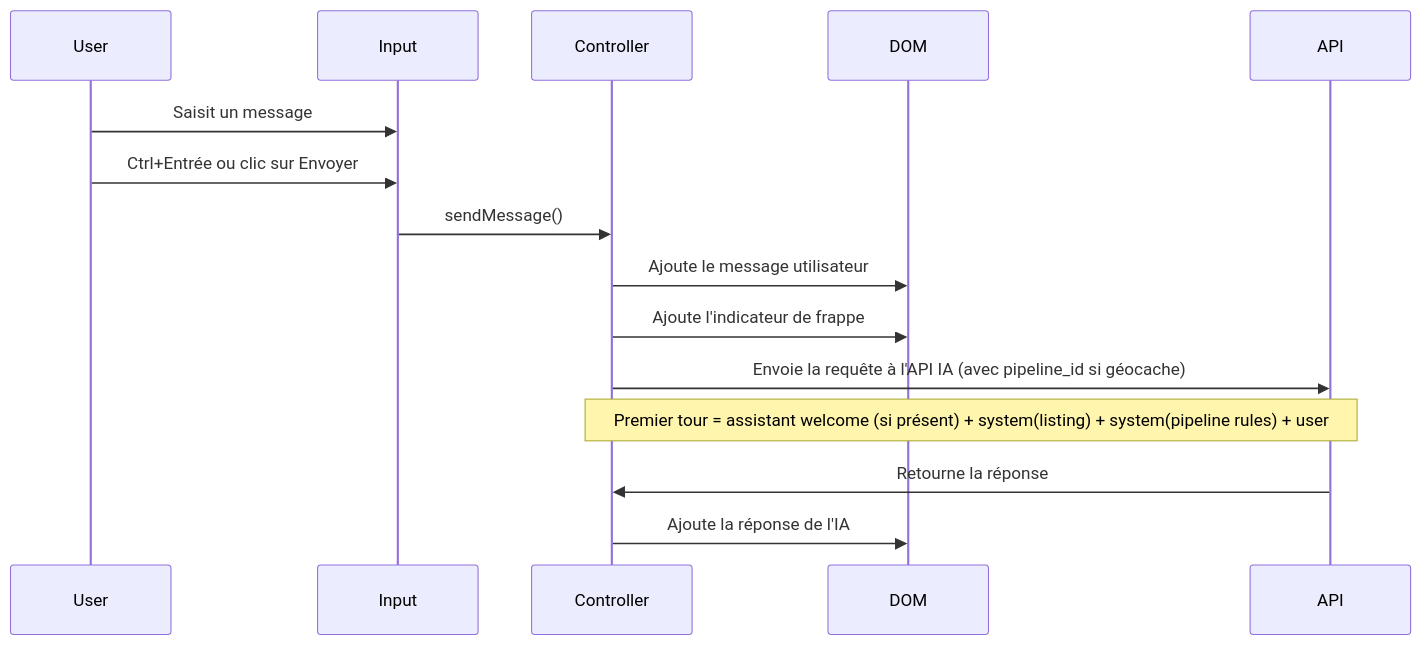
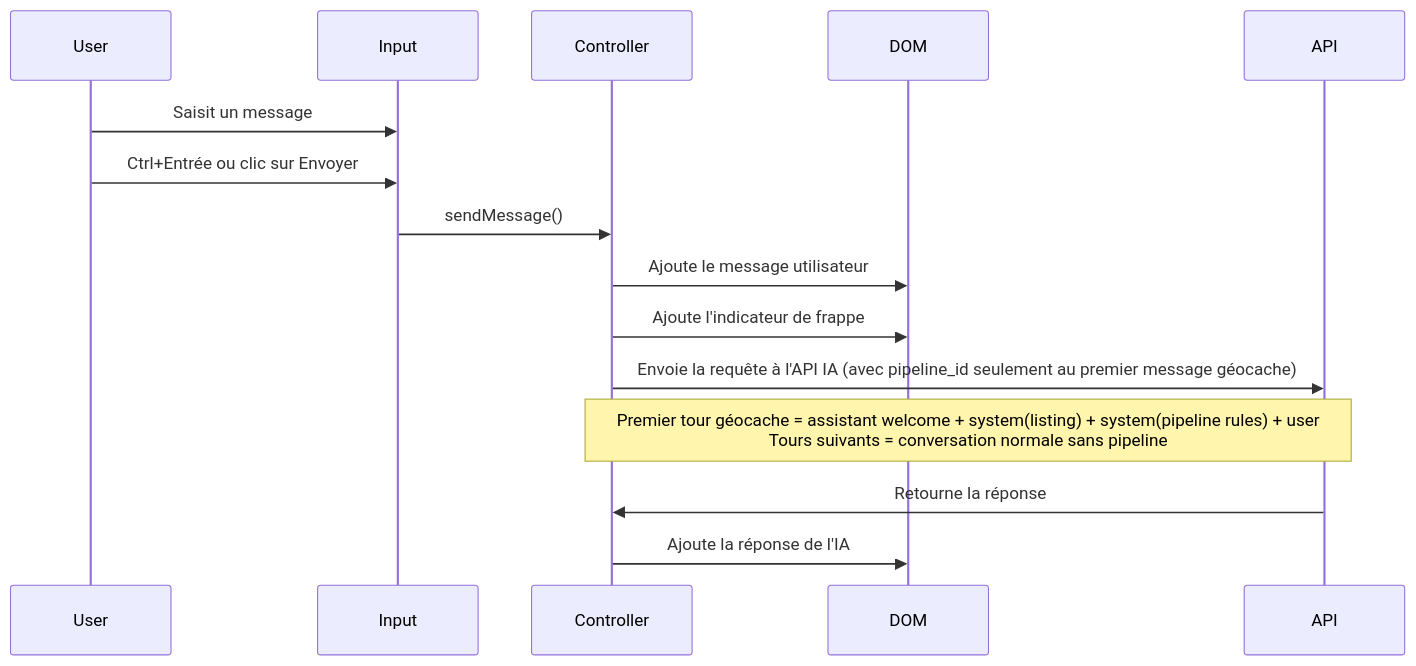
One commit to TherionAcribus/MysterAI changed the third of 5 diagrams in docs/panel_ia.md. Above: the diagram before and after it, drawn with Mermaid. The commit also changed other lines of this file and 3 other files, not shown here.

````diff
--- a/docs/panel_ia.md
+++ b/docs/panel_ia.md
@@ -289,18 +293,18 @@
 ```mermaid
 sequenceDiagram
     participant User
     participant Input
     participant Controller
     participant DOM
     participant API
 
     User->>Input: Saisit un message
     User->>Input: Ctrl+Entrée ou clic sur Envoyer
     Input->>Controller: sendMessage()
     Controller->>DOM: Ajoute le message utilisateur
     Controller->>DOM: Ajoute l'indicateur de frappe
-    Controller->>API: Envoie la requête à l'API IA (avec pipeline_id si géocache)
-    Note over Controller,API: Premier tour = assistant welcome (si présent) + system(listing) + system(pipeline rules) + user
+    Controller->>API: Envoie la requête à l'API IA (avec pipeline_id seulement au premier message géocache)
+    Note over Controller,API: Premier tour géocache = assistant welcome + system(listing) + system(pipeline rules) + user<br/>Tours suivants = conversation normale sans pipeline
     API->>Controller: Retourne la réponse
     Controller->>DOM: Ajoute la réponse de l'IA
 ```
````
